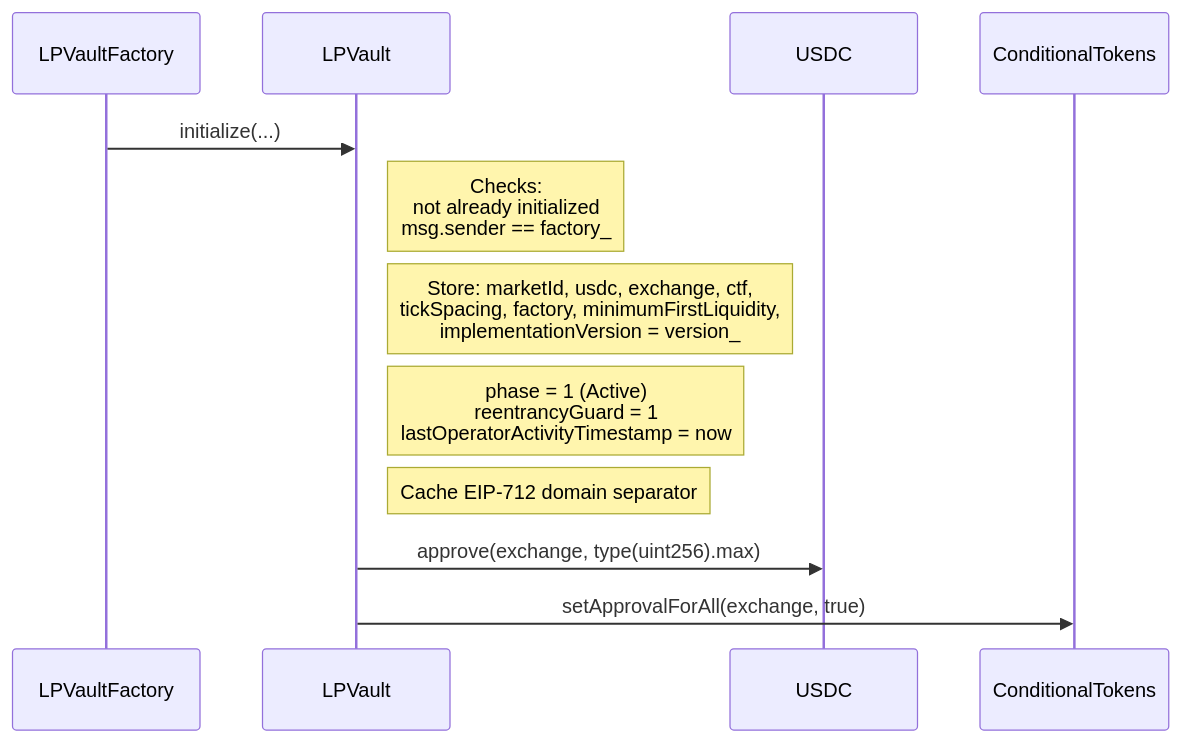
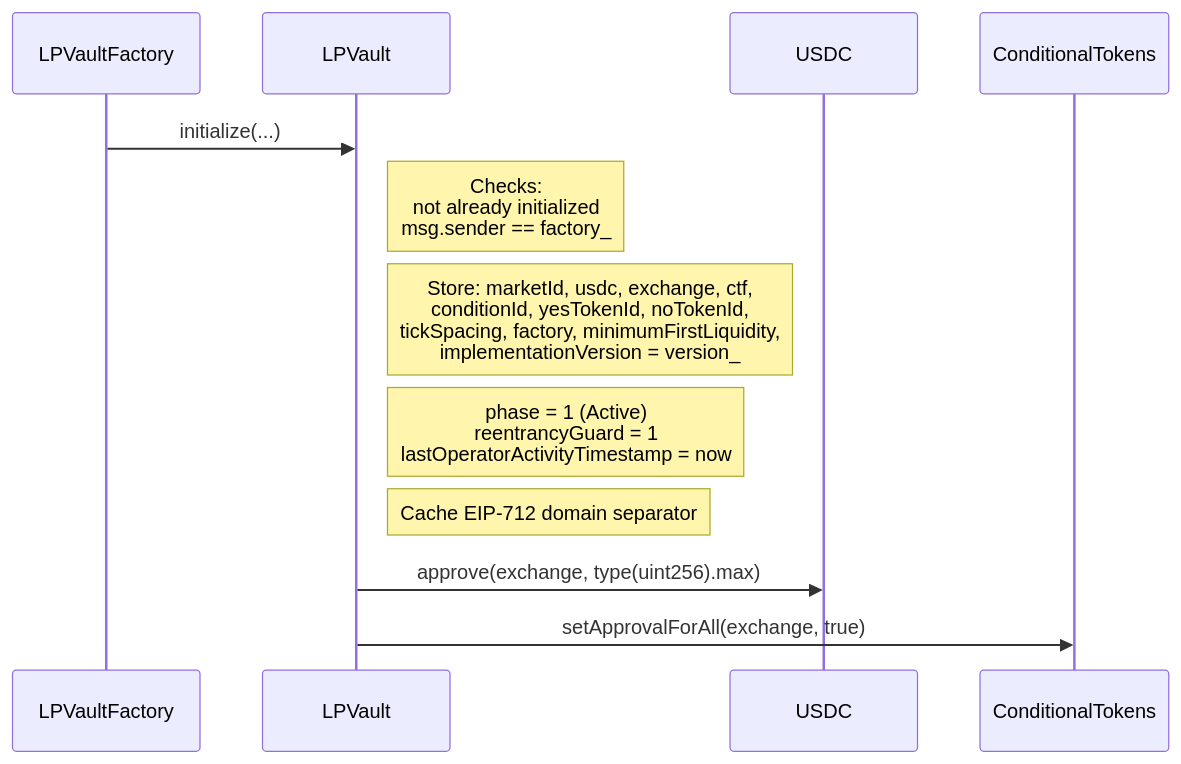
One commit to ProphetMarket/lp-vaults changed the third of 26 diagrams in REFERENCE.md. Above: the diagram before and after it, drawn with Mermaid. The commit also changed other lines of this file and 3 other files, not shown here.

First line of the commit message:
chore (vault): Document the token identity and update the plan for R2

````diff
--- a/REFERENCE.md
+++ b/REFERENCE.md
@@ -139,15 +160,15 @@
 ```mermaid
 sequenceDiagram
     participant Factory as LPVaultFactory
     participant Vault as LPVault
     participant USDC
     participant CT as ConditionalTokens
 
     Factory->>Vault: initialize(...)
     Note right of Vault: Checks:<br/>not already initialized<br/>msg.sender == factory_
-    Note right of Vault: Store: marketId, usdc, exchange, ctf,<br/>tickSpacing, factory, minimumFirstLiquidity,<br/>implementationVersion = version_
+    Note right of Vault: Store: marketId, usdc, exchange, ctf,<br/>conditionId, yesTokenId, noTokenId,<br/>tickSpacing, factory, minimumFirstLiquidity,<br/>implementationVersion = version_
     Note right of Vault: phase = 1 (Active)<br/>reentrancyGuard = 1<br/>lastOperatorActivityTimestamp = now
     Note right of Vault: Cache EIP-712 domain separator
     Vault->>USDC: approve(exchange, type(uint256).max)
     Vault->>CT: setApprovalForAll(exchange, true)
 ```
````
